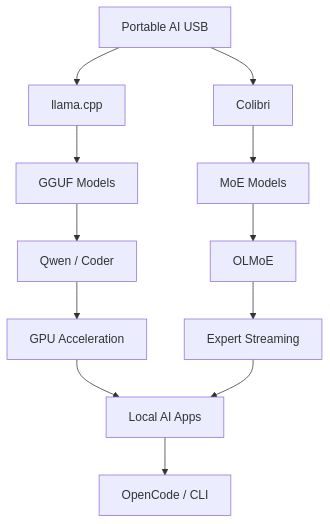
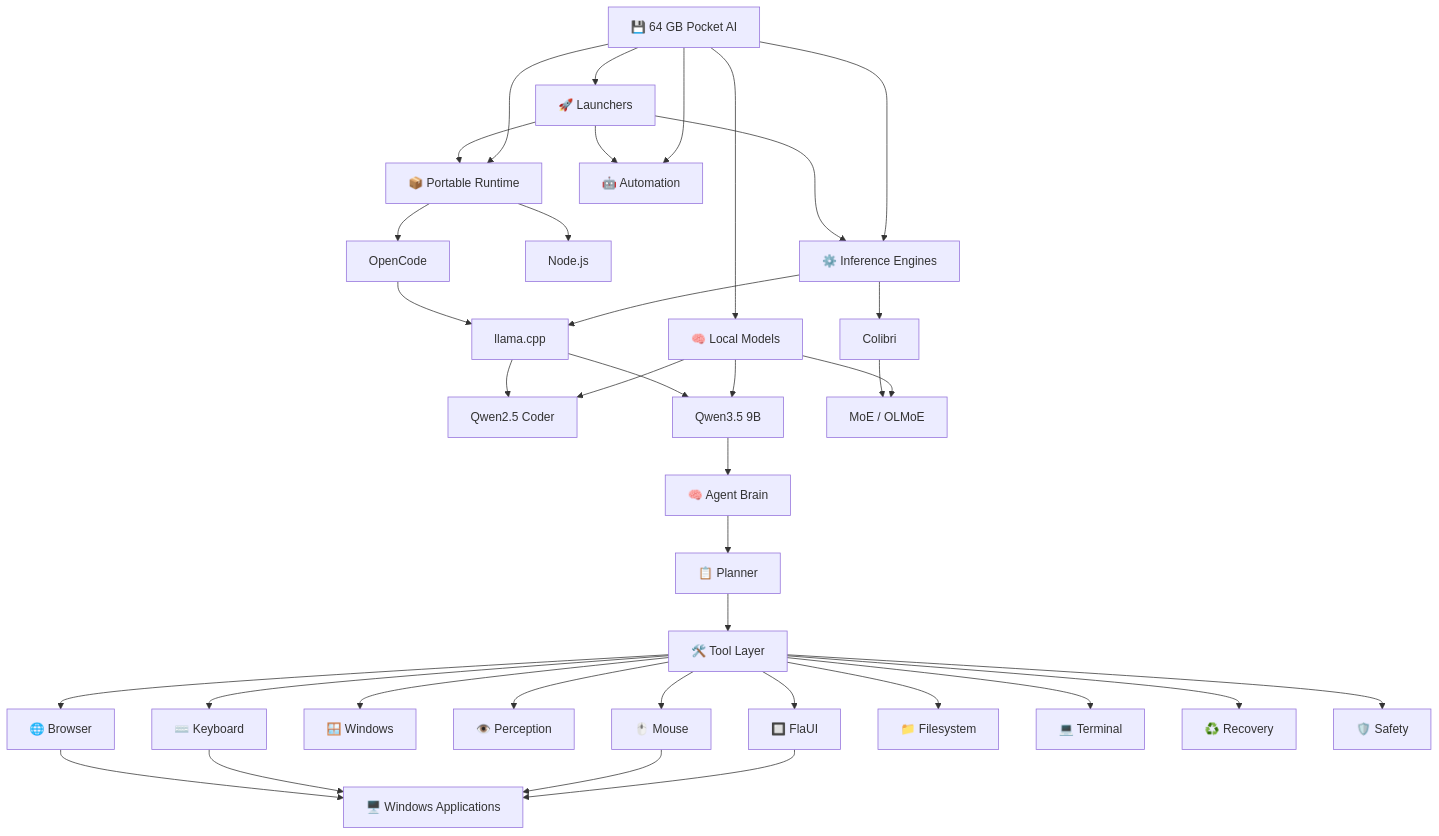
One commit to AJGyro/Pocket-AI changed the eighth of 9 diagrams in README.md. Above: the diagram before and after it, drawn with Mermaid. The commit also changed other lines of this file, not shown here.

````diff
--- a/README.md
+++ b/README.md
@@ -298,20 +997,51 @@
 ```mermaid
-graph TD
-    USB["Portable AI USB"]
+flowchart TD
 
-    USB --> LlamaCPP["llama.cpp"]
-    USB --> Colibri["Colibri"]
+    USB["💾 64 GB Pocket AI"]
 
-    LlamaCPP --> GGUF["GGUF Models"]
-    GGUF --> Qwen["Qwen / Coder"]
-    Qwen --> GPU["GPU Acceleration"]
+    USB --> Runtime["📦 Portable Runtime"]
+    USB --> Models["🧠 Local Models"]
+    USB --> Engines["⚙️ Inference Engines"]
+    USB --> Automation["🤖 Automation"]
+    USB --> Start["🚀 Launchers"]
 
-    Colibri --> MoE["MoE Models"]
-    MoE --> OLMoE["OLMoE"]
-    OLMoE --> Streaming["Expert Streaming"]
+    Runtime --> Node["Node.js"]
+    Runtime --> OpenCode["OpenCode"]
 
-    GPU --> Apps["Local AI Apps"]
-    Streaming --> Apps
+    Models --> Qwen25["Qwen2.5 Coder"]
+    Models --> Qwen35["Qwen3.5 9B"]
+    Models --> MoE["MoE / OLMoE"]
 
-    Apps --> CLI["OpenCode / CLI"]
+    Engines --> Llama["llama.cpp"]
+    Engines --> Colibri["Colibri"]
+
+    Llama --> Qwen25
+    Llama --> Qwen35
+    Colibri --> MoE
+
+    Qwen35 --> Brain["🧠 Agent Brain"]
+
+    Brain --> Planner["📋 Planner"]
+    Planner --> ToolLayer["🛠️ Tool Layer"]
+
+    ToolLayer --> Mouse["🖱️ Mouse"]
+    ToolLayer --> Keyboard["⌨️ Keyboard"]
+    ToolLayer --> Windows["🪟 Windows"]
+    ToolLayer --> Perception["👁️ Perception"]
+    ToolLayer --> FlaUI["🔲 FlaUI"]
+    ToolLayer --> Browser["🌐 Browser"]
+    ToolLayer --> Files["📁 Filesystem"]
+    ToolLayer --> Terminal["💻 Terminal"]
+    ToolLayer --> Recovery["♻️ Recovery"]
+    ToolLayer --> Safety["🛡️ Safety"]
+
+    FlaUI --> Apps["🖥️ Windows Applications"]
+    Mouse --> Apps
+    Keyboard --> Apps
+    Browser --> Apps
+
+    OpenCode --> Llama
+    Start --> Runtime
+    Start --> Engines
+    Start --> Automation
 ```
````
